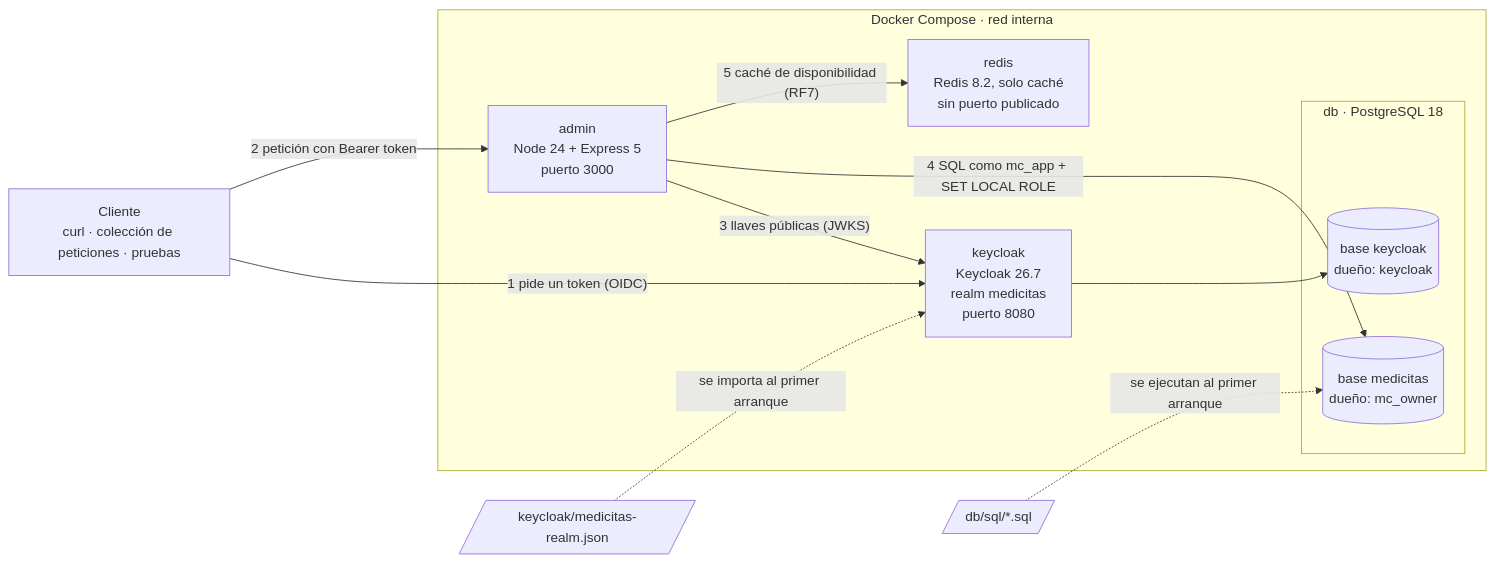
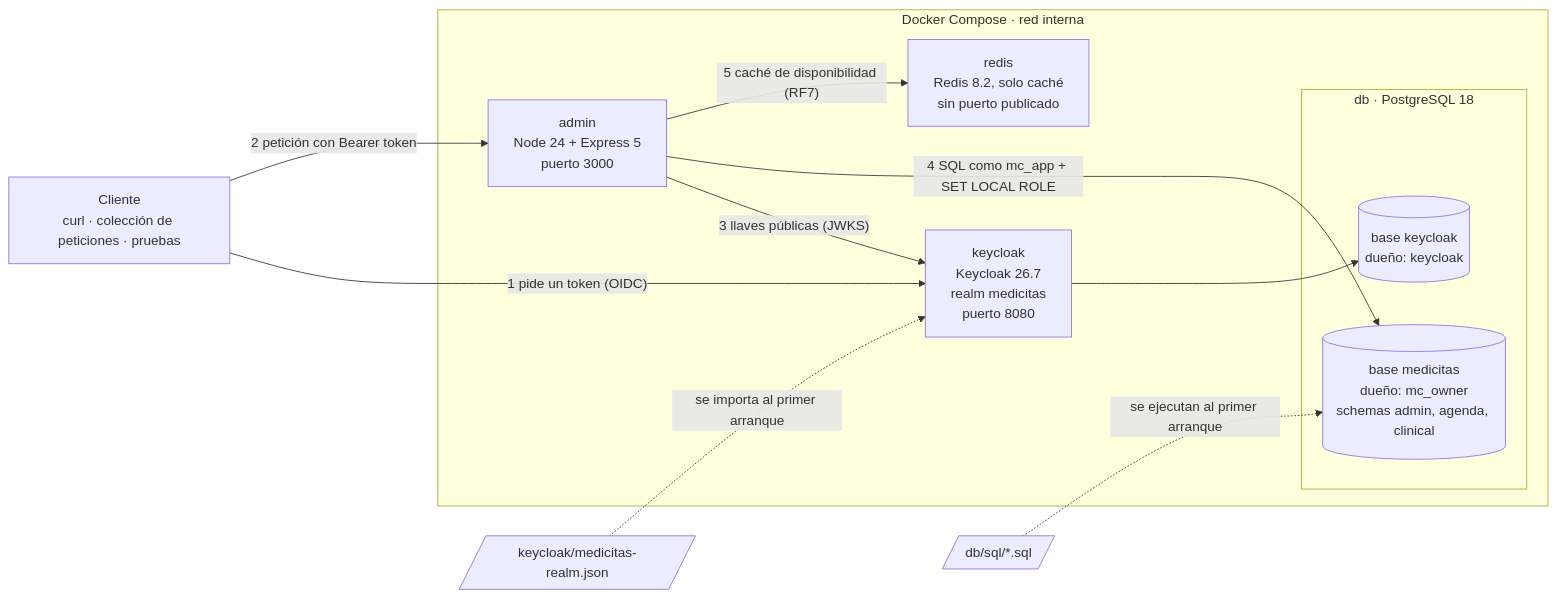
Before and after one commit to MechaBort/MediCitas: the first of 6 diagrams in docs/diagramas.md, drawn with Mermaid. The commit also changed 10 other files, not shown here.

Commit message:
feat(db): separar las tablas en los schemas admin, agenda y clinical

````diff
--- a/docs/diagramas.md
+++ b/docs/diagramas.md
@@ -8,26 +8,26 @@
 ```mermaid
 flowchart LR
     cliente["Cliente<br/>curl · colección de peticiones · pruebas"]
 
     subgraph compose["Docker Compose · red interna"]
         admin["admin<br/>Node 24 + Express 5<br/>puerto 3000"]
         kc["keycloak<br/>Keycloak 26.7<br/>realm medicitas<br/>puerto 8080"]
         subgraph pg["db · PostgreSQL 18"]
-            medicitas[("base medicitas<br/>dueño: mc_owner")]
+            medicitas[("base medicitas<br/>dueño: mc_owner<br/>schemas admin, agenda, clinical")]
             kcdb[("base keycloak<br/>dueño: keycloak")]
         end
         redis["redis<br/>Redis 8.2, solo caché<br/>sin puerto publicado"]
     end
 
     realm[/"keycloak/medicitas-realm.json"/]
     sql[/"db/sql/*.sql"/]
 
     cliente -- "1 pide un token (OIDC)" --> kc
     cliente -- "2 petición con Bearer token" --> admin
     admin -- "3 llaves públicas (JWKS)" --> kc
     admin -- "4 SQL como mc_app + SET LOCAL ROLE" --> medicitas
     admin -- "5 caché de disponibilidad (RF7)" --> redis
     kc --> kcdb
     realm -. "se importa al primer arranque" .-> kc
     sql -. "se ejecutan al primer arranque" .-> medicitas
 ```
````
